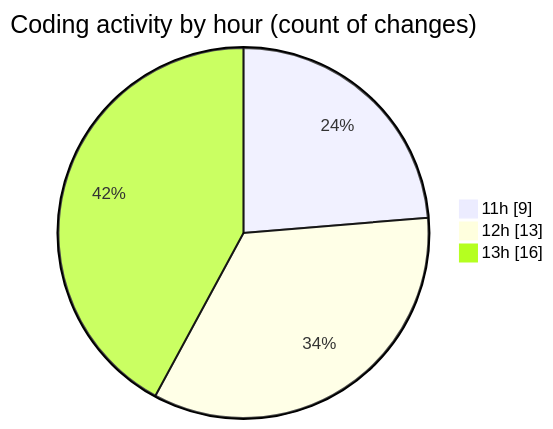
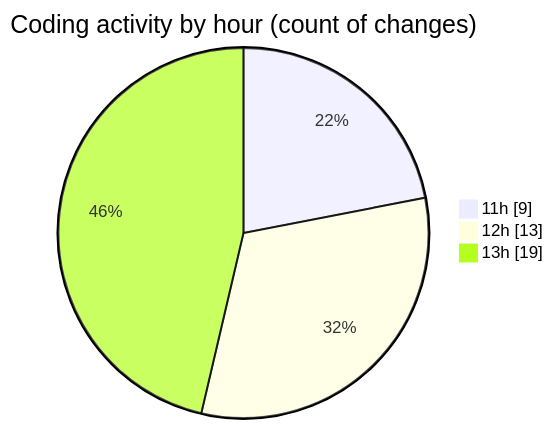
One commit to momahboobian/code-tracking changed the second of 2 diagrams in 2025-02-05/cda/README.md. Above: the diagram before and after it, drawn with Mermaid. The commit also changed other lines of this file and 1 other file, not shown here.

````diff
--- a/2025-02-05/cda/README.md
+++ b/2025-02-05/cda/README.md
@@ -36,7 +38,7 @@
 ```mermaid
 pie showData
 title Coding activity by hour (count of changes)
 "11h" : 9
 "12h" : 13
-"13h" : 16
+"13h" : 19
 ```
````
